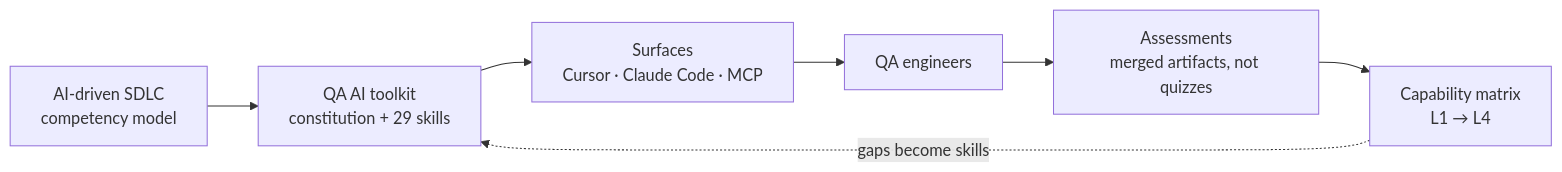
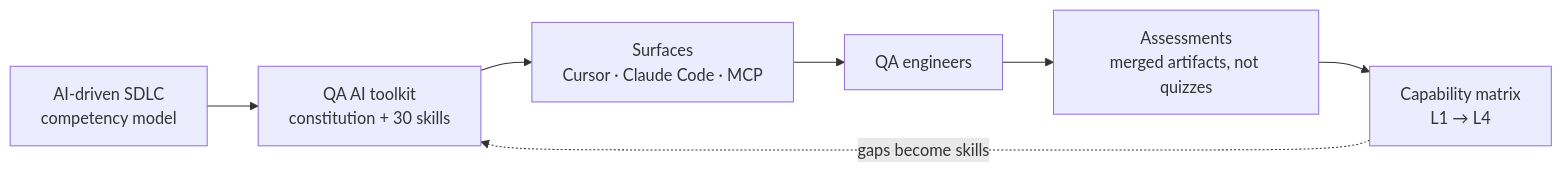
One commit to georgikazandzhiev-code/ai-native-qa-toolkit changed the diagram in GOVERNANCE.md. Above: the diagram before and after it, drawn with Mermaid. The commit also changed other lines of this file and 8 other files, not shown here.

````diff
--- a/GOVERNANCE.md
+++ b/GOVERNANCE.md
@@ -15,9 +15,9 @@
 ```mermaid
 flowchart LR
-  A["AI-driven SDLC<br/>competency model"] --> B["QA AI toolkit<br/>constitution + 29 skills"]
+  A["AI-driven SDLC<br/>competency model"] --> B["QA AI toolkit<br/>constitution + 30 skills"]
   B --> C["Surfaces<br/>Cursor · Claude Code · MCP"]
   C --> D["QA engineers"]
   D --> E["Assessments<br/>merged artifacts, not quizzes"]
   E --> F["Capability matrix<br/>L1 → L4"]
   F -.->|"gaps become skills"| B
 ```
````
